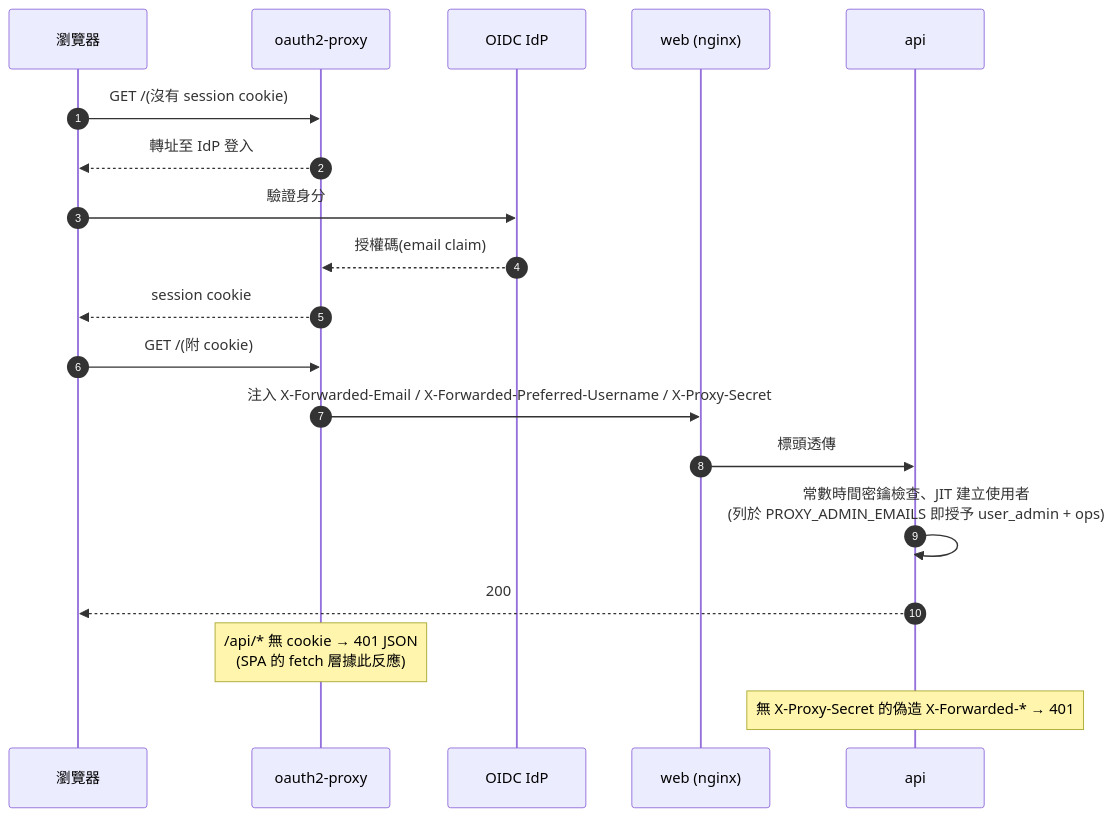
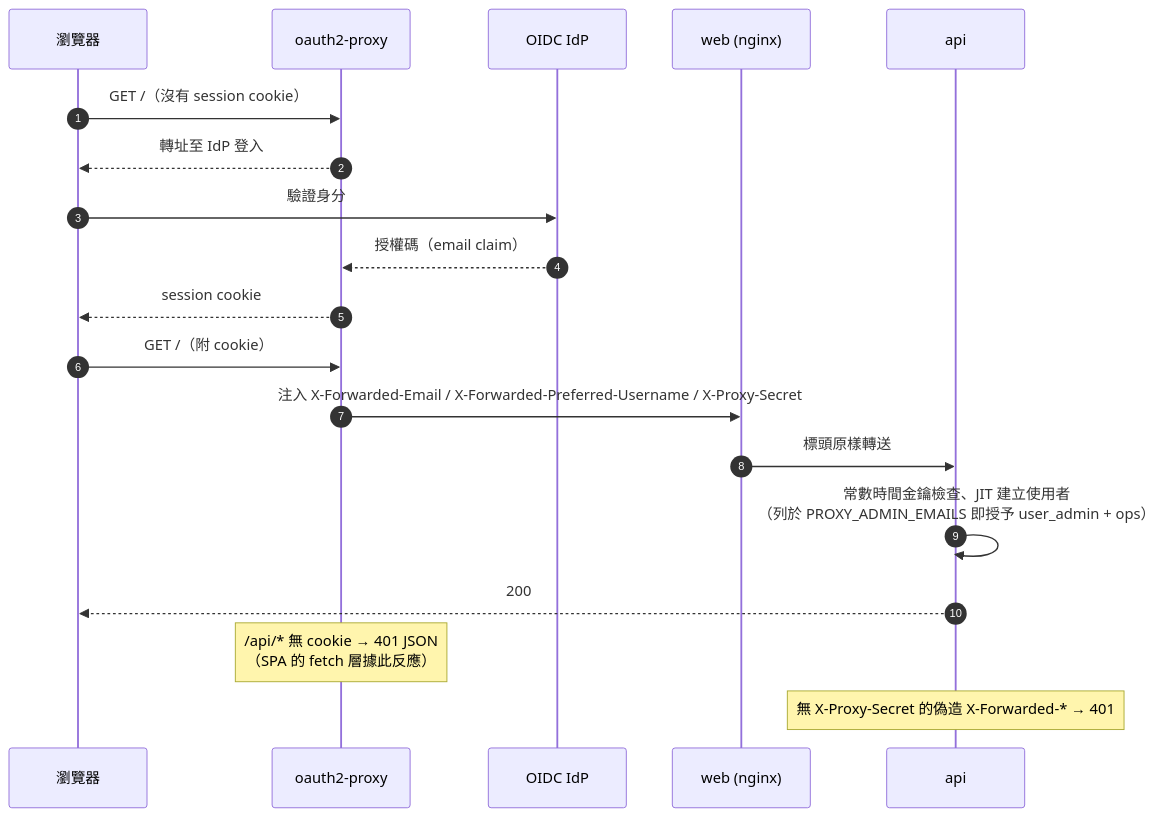
Before and after one commit to kehao-playground/graphrag-web-ui: the third of 3 diagrams in docs/zh-TW/README.md, drawn with Mermaid. The commit also changed other lines of this file and 6 other files, not shown here.

````diff
--- a/docs/zh-TW/README.md
+++ b/docs/zh-TW/README.md
@@ -303,21 +273,21 @@
 ```mermaid
 sequenceDiagram
     autonumber
     participant B as 瀏覽器
     participant O as oauth2-proxy
     participant I as OIDC IdP
     participant N as web (nginx)
     participant A as api
-    B->>O: GET /(沒有 session cookie)
+    B->>O: GET /（沒有 session cookie）
     O-->>B: 轉址至 IdP 登入
     B->>I: 驗證身分
-    I-->>O: 授權碼(email claim)
+    I-->>O: 授權碼（email claim）
     O-->>B: session cookie
-    B->>O: GET /(附 cookie)
+    B->>O: GET /（附 cookie）
     O->>N: 注入 X-Forwarded-Email / X-Forwarded-Preferred-Username / X-Proxy-Secret
-    N->>A: 標頭透傳
-    A->>A: 常數時間密鑰檢查、JIT 建立使用者<br/>(列於 PROXY_ADMIN_EMAILS 即授予 user_admin + ops)
+    N->>A: 標頭原樣轉送
+    A->>A: 常數時間金鑰檢查、JIT 建立使用者<br/>（列於 PROXY_ADMIN_EMAILS 即授予 user_admin + ops）
     A-->>B: 200
-    note over O: /api/* 無 cookie → 401 JSON<br/>(SPA 的 fetch 層據此反應)
+    note over O: /api/* 無 cookie → 401 JSON<br/>（SPA 的 fetch 層據此反應）
     note over A: 無 X-Proxy-Secret 的偽造 X-Forwarded-* → 401
 ```
````
